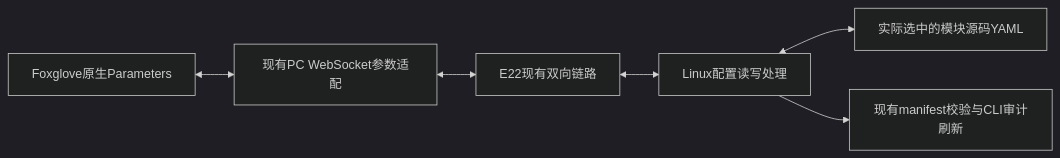
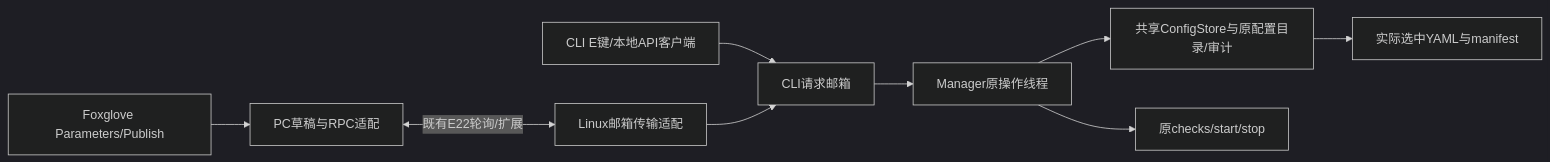
The diagram in docs/FOXGLOVE_PARAMETERS.md (707GLobal/WUTA2026_FINAL), drawn with Mermaid (dark theme) before and after one commit. The commit also changed other lines of this file and 8 other files, not shown here.

Commit message:
feat: integrate CLI-owned YAML management and Foxglove remote operations

````diff
--- a/docs/FOXGLOVE_PARAMETERS.md
+++ b/docs/FOXGLOVE_PARAMETERS.md
@@ -86,8 +117,11 @@
 ```mermaid
 flowchart LR
-  P[Foxglove原生Parameters] <--> W[现有PC WebSocket参数适配]
-  W <--> R[E22现有双向链路]
-  R <--> L[Linux配置读写处理]
-  L <--> Y[实际选中的模块源码YAML]
-  L --> M[现有manifest校验与CLI审计刷新]
+  T[CLI E键/本地API客户端] --> Q[CLI请求邮箱]
+  F[Foxglove Parameters/Publish] --> P[PC草稿与RPC适配]
+  P <-->|既有E22轮询/扩展| R[Linux邮箱传输适配]
+  R --> Q
+  Q --> M[Manager原操作线程]
+  M --> C[共享ConfigStore与原配置目录/审计]
+  M --> O[原checks/start/stop]
+  C --> Y[实际选中YAML与manifest]
 ```
````
